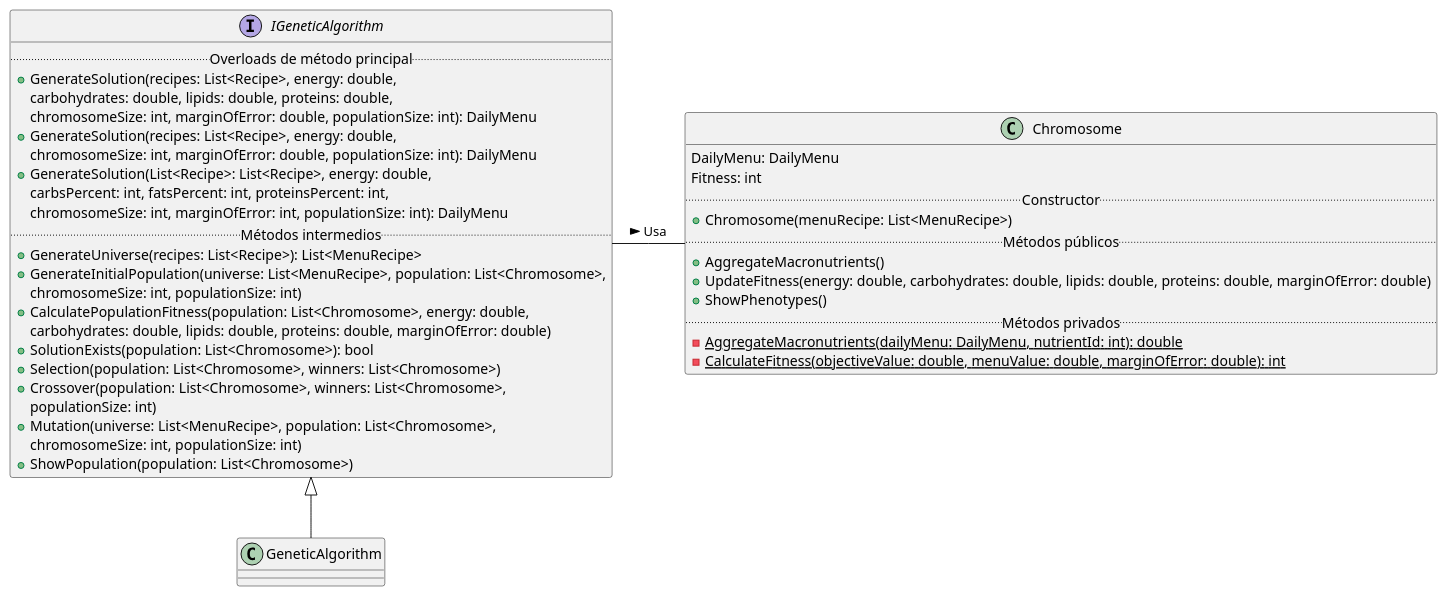
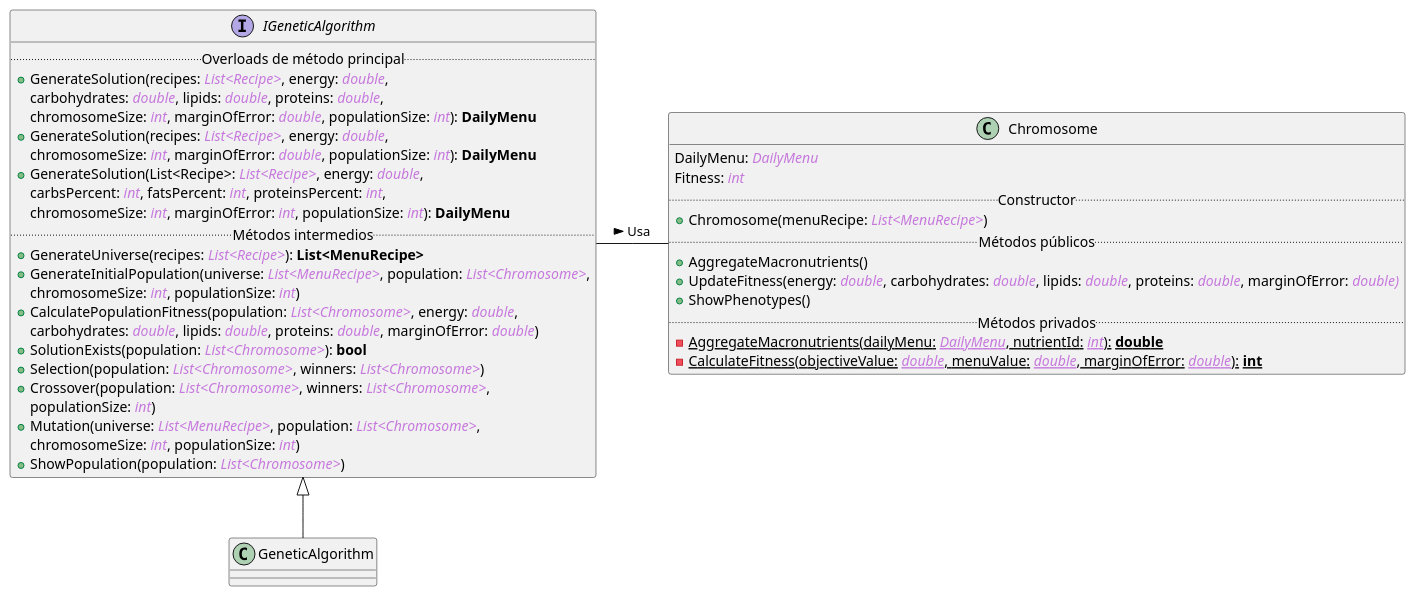
Before and after one commit to b-tapia-morales/NutriFoods: the diagram in API/Diagrams/GeneticAlgorithm.puml, drawn with PlantUML.

Commit message:
Added html tags

```diff
--- a/API/Diagrams/GeneticAlgorithm.puml
+++ b/API/Diagrams/GeneticAlgorithm.puml
@@ -1,49 +1,49 @@
 @startuml
 'https://plantuml.com/class-diagram
 
 class Chromosome
 {
-DailyMenu: DailyMenu
-Fitness: int
+DailyMenu: <color:#C678DD><i>DailyMenu
+Fitness: <color:#C678DD><i>int
 .. Constructor ..
-+Chromosome(menuRecipe: List<MenuRecipe>)
++Chromosome(menuRecipe: <color:#C678DD><i>List<MenuRecipe></i></color>)
 .. Métodos públicos ..
 +AggregateMacronutrients()
-+UpdateFitness(energy: double, carbohydrates: double, lipids: double, proteins: double, marginOfError: double)
++UpdateFitness(energy: <color:#C678DD><i>double</i></color>, carbohydrates: <color:#C678DD><i>double</i></color>, lipids: <color:#C678DD><i>double</i></color>, proteins: <color:#C678DD><i>double</i></color>, marginOfError: <color:#C678DD><i>double)
 +ShowPhenotypes()
 .. Métodos privados ..
--{static}AggregateMacronutrients(dailyMenu: DailyMenu, nutrientId: int): double
--{static}CalculateFitness(objectiveValue: double, menuValue: double, marginOfError: double): int
+-{static}AggregateMacronutrients(dailyMenu: <color:#C678DD><i>DailyMenu</i></color>, nutrientId: <color:#C678DD><i>int</i></color>): <b>double</b>
+-{static}CalculateFitness(objectiveValue: <color:#C678DD><i>double</i></color>, menuValue: <color:#C678DD><i>double</i></color>, marginOfError: <color:#C678DD><i>double</i></color>): <b>int</b>
 }
 
 interface IGeneticAlgorithm {
 .. Overloads de método principal ..
-+GenerateSolution(recipes: List<Recipe>, energy: double,
-carbohydrates: double, lipids: double, proteins: double,
-chromosomeSize: int, marginOfError: double, populationSize: int): DailyMenu
-+GenerateSolution(recipes: List<Recipe>, energy: double,
-chromosomeSize: int, marginOfError: double, populationSize: int): DailyMenu
-+GenerateSolution(List<Recipe>: List<Recipe>, energy: double,
-carbsPercent: int, fatsPercent: int, proteinsPercent: int,
-chromosomeSize: int, marginOfError: int, populationSize: int): DailyMenu
++GenerateSolution(recipes: <color:#C678DD><i>List<Recipe></i></color>, energy: <color:#C678DD><i>double</i></color>,
+carbohydrates: <color:#C678DD><i>double</i></color>, lipids: <color:#C678DD><i>double</i></color>, proteins: <color:#C678DD><i>double</i></color>,
+chromosomeSize: <color:#C678DD><i>int</i></color>, marginOfError: <color:#C678DD><i>double</i></color>, populationSize: <color:#C678DD><i>int</i></color>): <b>DailyMenu</b>
++GenerateSolution(recipes: <color:#C678DD><i>List<Recipe></i></color>, energy: <color:#C678DD><i>double</i></color>,
+chromosomeSize: <color:#C678DD><i>int</i></color>, marginOfError: <color:#C678DD><i>double</i></color>, populationSize: <color:#C678DD><i>int</i></color>): <b>DailyMenu
++GenerateSolution(List<Recipe>: <color:#C678DD><i>List<Recipe></i></color>, energy: <color:#C678DD><i>double</i></color>,
+carbsPercent: <color:#C678DD><i>int</i></color>, fatsPercent: <color:#C678DD><i>int</i></color>, proteinsPercent: <color:#C678DD><i>int</i></color>,
+chromosomeSize: <color:#C678DD><i>int</i></color>, marginOfError: <color:#C678DD><i>int</i></color>, populationSize: <color:#C678DD><i>int</i></color>): <b>DailyMenu
 .. Métodos intermedios ..
-+GenerateUniverse(recipes: List<Recipe>): List<MenuRecipe>
-+GenerateInitialPopulation(universe: List<MenuRecipe>, population: List<Chromosome>,
-chromosomeSize: int, populationSize: int)
-+CalculatePopulationFitness(population: List<Chromosome>, energy: double,
-carbohydrates: double, lipids: double, proteins: double, marginOfError: double)
-+SolutionExists(population: List<Chromosome>): bool
-+Selection(population: List<Chromosome>, winners: List<Chromosome>)
-+Crossover(population: List<Chromosome>, winners: List<Chromosome>,
-populationSize: int)
-+Mutation(universe: List<MenuRecipe>, population: List<Chromosome>,
-chromosomeSize: int, populationSize: int)
-+ShowPopulation(population: List<Chromosome>)
++GenerateUniverse(recipes: <color:#C678DD><i>List<Recipe></i></color>): <b>List<MenuRecipe></b>
++GenerateInitialPopulation(universe: <color:#C678DD><i>List<MenuRecipe></i></color>, population: <color:#C678DD><i>List<Chromosome></i></color>,
+chromosomeSize: <color:#C678DD><i>int</i></color>, populationSize: <color:#C678DD><i>int</i></color>)
++CalculatePopulationFitness(population: <color:#C678DD><i>List<Chromosome></i></color>, energy: <color:#C678DD><i>double</i></color>,
+carbohydrates: <color:#C678DD><i>double</i></color>, lipids: <color:#C678DD><i>double</i></color>, proteins: <color:#C678DD><i>double</i></color>, marginOfError: <color:#C678DD><i>double</i></color>)
++SolutionExists(population: <color:#C678DD><i>List<Chromosome></i></color>): <b>bool</b>
++Selection(population: <color:#C678DD><i>List<Chromosome></i></color>, winners: <color:#C678DD><i>List<Chromosome></i></color>)
++Crossover(population: <color:#C678DD><i>List<Chromosome></i></color>, winners: <color:#C678DD><i>List<Chromosome></i></color>,
+populationSize: <color:#C678DD><i>int</i></color>)
++Mutation(universe: <color:#C678DD><i>List<MenuRecipe></i></color>, population: <color:#C678DD><i>List<Chromosome></i></color>,
+chromosomeSize: <color:#C678DD><i>int</i></color>, populationSize: <color:#C678DD><i>int</i></color>)
++ShowPopulation(population: <color:#C678DD><i>List<Chromosome></i></color>)
 }
 
 class GeneticAlgorithm
 
 IGeneticAlgorithm <|-- GeneticAlgorithm
 IGeneticAlgorithm - Chromosome: Usa >
 
 @enduml
```
